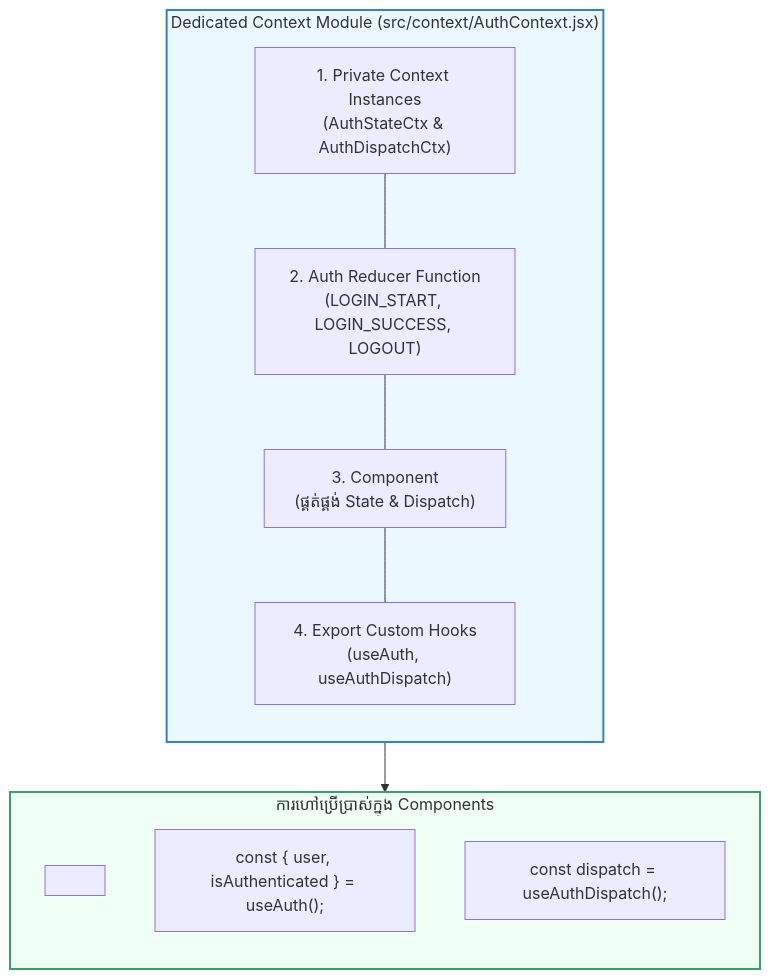
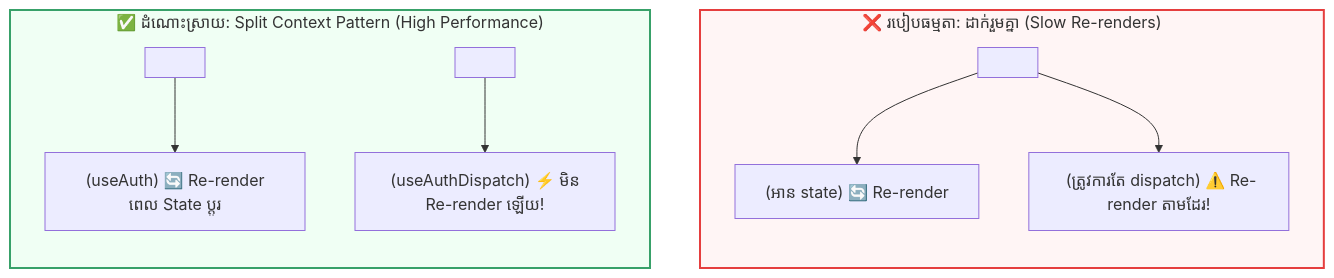
One commit to Ari-ICU/full-stack-short-coures changed the diagram in src/courses/react/module-7-global-state/04-custom-context-providers.mdx. Above: the diagram before and after it, drawn with Mermaid. The commit also changed other lines of this file, not shown here.

Commit message:
docs: update custom context providers lesson content

````diff
--- a/src/courses/react/module-7-global-state/04-custom-context-providers.mdx
+++ b/src/courses/react/module-7-global-state/04-custom-context-providers.mdx
@@ -54,23 +85,20 @@
 ```mermaid
 flowchart TD
-    subgraph ContextModule["Dedicated Context Module (src/context/AuthContext.jsx)"]
+    subgraph Problem["❌ របៀបធម្មតា: ដាក់រួមគ្នា (Slow Re-renders)"]
         direction TB
-        Ctx["1. Private Context Instances<br/>(AuthStateCtx & AuthDispatchCtx)"]
-        Reducer["2. Auth Reducer Function<br/>(LOGIN_START, LOGIN_SUCCESS, LOGOUT)"]
-        Prov["3. <AuthProvider> Component<br/>(ផ្គត់ផ្គង់ State & Dispatch)"]
-        Hooks["4. Export Custom Hooks<br/>(useAuth, useAuthDispatch)"]
-        Ctx --- Reducer --- Prov --- Hooks
+        UnifiedCtx["<AuthContext.Provider value={{ state, dispatch }}>"]
+        UnifiedCtx --> CompA["<UserProfile> (អាន state) 🔄 Re-render"]
+        UnifiedCtx --> CompB["<LogoutButton> (ត្រូវការតែ dispatch) ⚠️ Re-render តាមដែរ!"]
     end
 
-    subgraph CleanConsumers["ការហៅប្រើប្រាស់ក្នុង Components"]
+    subgraph Solution["✅ ដំណោះស្រាយ: Split Context Pattern (High Performance)"]
         direction TB
-        AppWrap["<AuthProvider><App /></AuthProvider>"]
-        NavComp["const { user, isAuthenticated } = useAuth();"]
-        BtnComp["const dispatch = useAuthDispatch();"]
+        StateCtx["<AuthStateContext.Provider value={state}>"]
+        DispatchCtx["<AuthDispatchContext.Provider value={dispatch}>"]
+        StateCtx --> Comp1["<UserProfile> (useAuth) 🔄 Re-render ពេល State ប្តូរ"]
+        DispatchCtx --> Comp2["<LogoutButton> (useAuthDispatch) ⚡ មិន Re-render ឡើយ!"]
     end
 
-    ContextModule --> CleanConsumers
-
-    style ContextModule fill:#ebf8ff,stroke:#3182ce,stroke-width:2px
-    style CleanConsumers fill:#f0fff4,stroke:#38a169,stroke-width:2px
+    style Problem fill:#fff5f5,stroke:#e53e3e,stroke-width:2px
+    style Solution fill:#f0fff4,stroke:#38a169,stroke-width:2px
 ```
````
